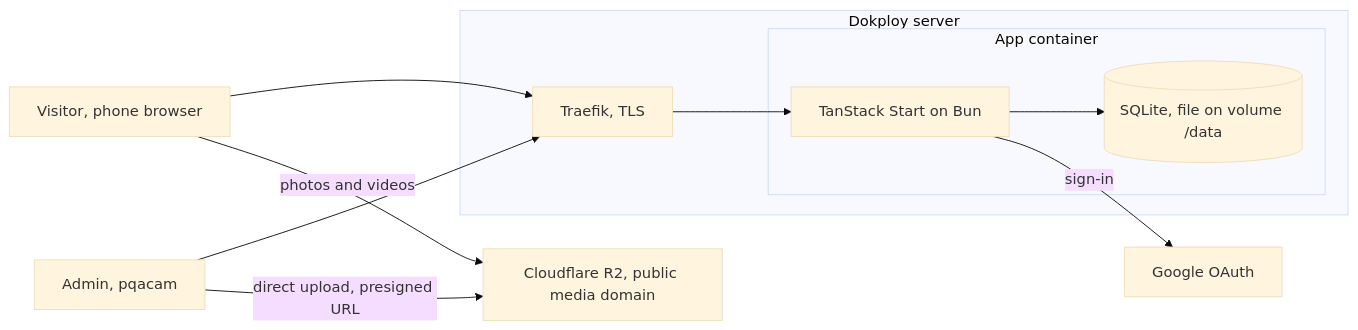
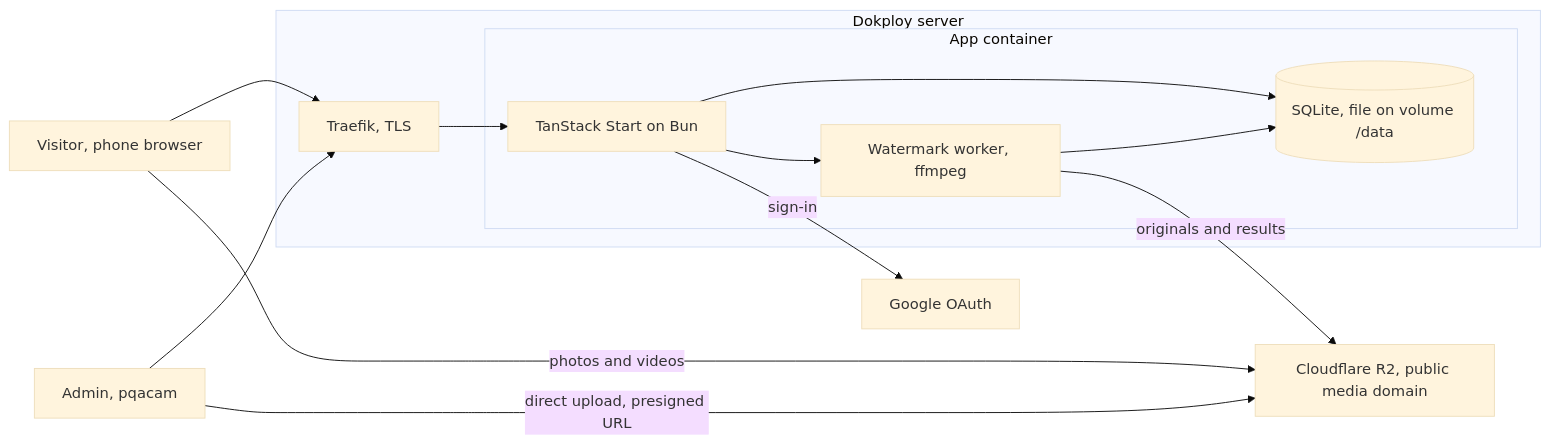
Before and after one commit to amirulhakiim/pqacam: the first of 4 diagrams in docs/PRD.md, drawn with Mermaid (base theme). The commit also changed other lines of this file and 5 other files, not shown here.

````diff
--- a/docs/PRD.md
+++ b/docs/PRD.md
@@ -45,21 +45,25 @@
 ```mermaid
 flowchart LR
     V["Visitor, phone browser"]
     A["Admin, pqacam"]
     subgraph D["Dokploy server"]
         T["Traefik, TLS"]
         subgraph C["App container"]
             S["TanStack Start on Bun"]
+            W["Watermark worker, ffmpeg"]
             DB[("SQLite, file on volume /data")]
         end
     end
     G["Google OAuth"]
     R["Cloudflare R2, public media domain"]
     V --> T
     A --> T
     T --> S
     S --> DB
+    S --> W
+    W --> DB
+    W -->|"originals and results"| R
     S -->|"sign-in"| G
     A -->|"direct upload, presigned URL"| R
     V -->|"photos and videos"| R
 ```
````
